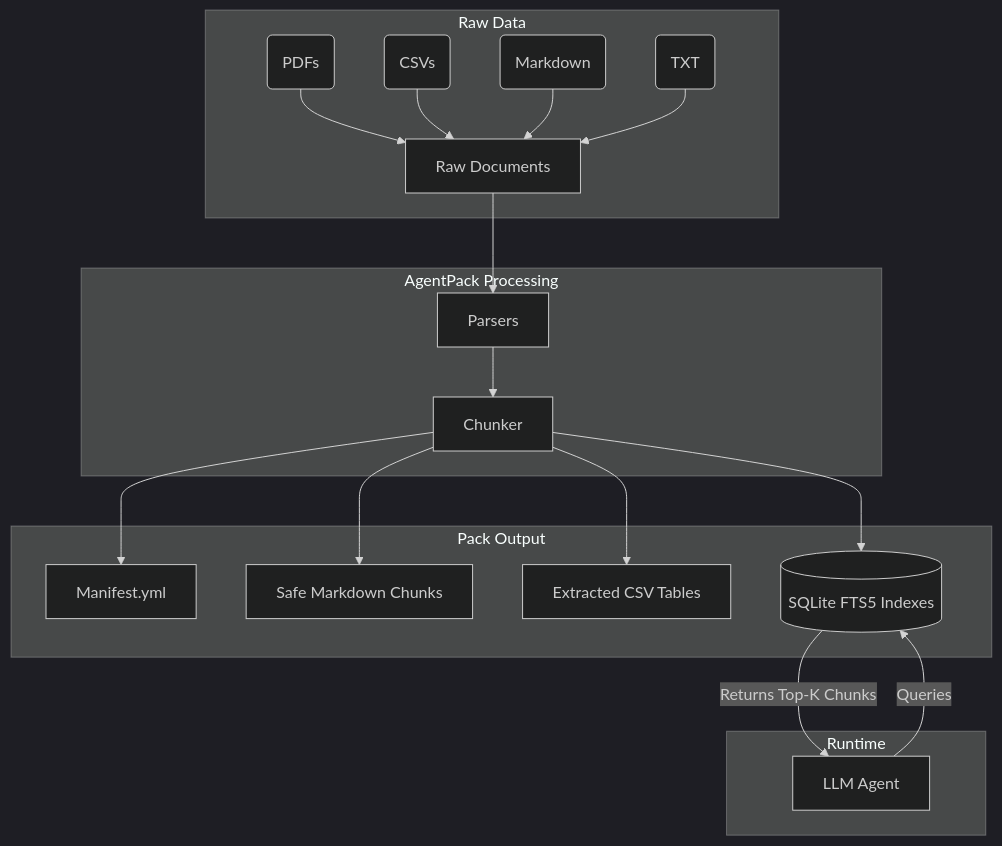
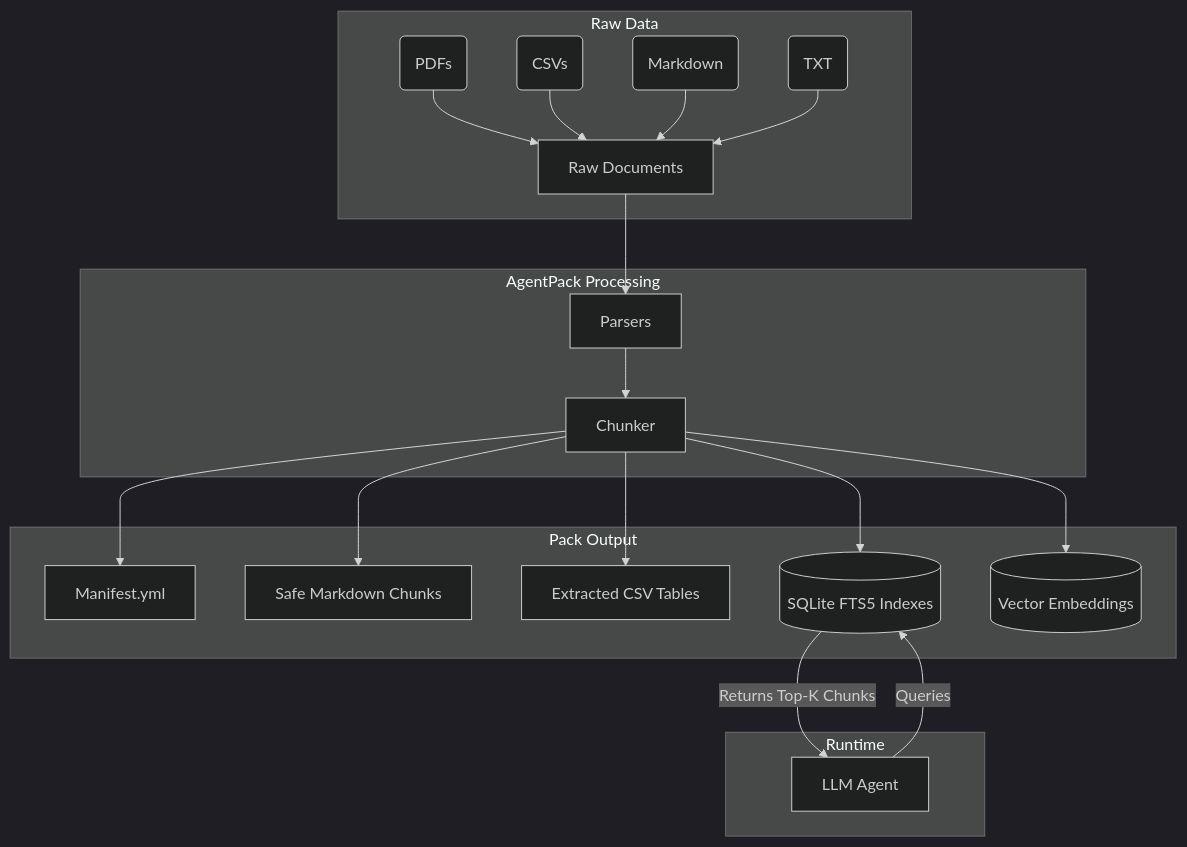
The diagram in docs/architecture.md (Vedant1202/agentpack), drawn with Mermaid (dark theme) before and after one commit. The commit also changed other lines of this file and 1 other file, not shown here.

Commit message:
docs: add vector and hybrid search to architecture docs

````diff
--- a/docs/architecture.md
+++ b/docs/architecture.md
@@ -7,35 +7,37 @@
 ```mermaid
 flowchart TD
     subgraph Raw Data
         A[Raw Documents]
         A1(PDFs) --> A
         A2(CSVs) --> A
         A3(Markdown) --> A
         A4(TXT) --> A
     end
 
     subgraph AgentPack Processing
         B[Parsers]
         A --> B
         C[Chunker]
         B --> C
     end
 
     subgraph Pack Output
         D[Manifest.yml]
         E[Safe Markdown Chunks]
         F[Extracted CSV Tables]
         G[(SQLite FTS5 Indexes)]
+        V[(Vector Embeddings)]
         
         C --> D
         C --> E
         C --> F
         C --> G
+        C --> V
     end
 
     subgraph Runtime
         H[LLM Agent]
         H -->|Queries| G
         G -->|Returns Top-K Chunks| H
     end
 ```
````
